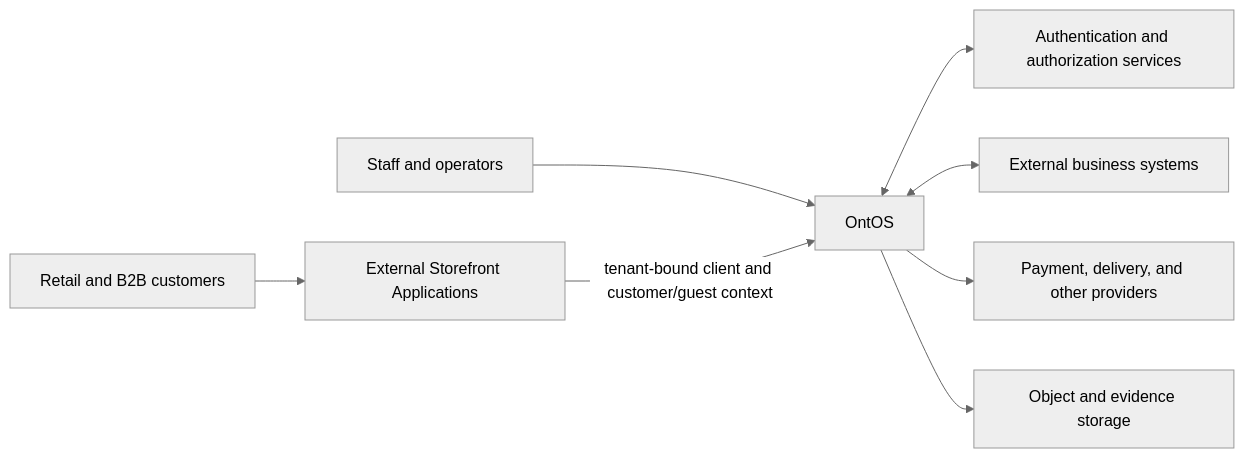
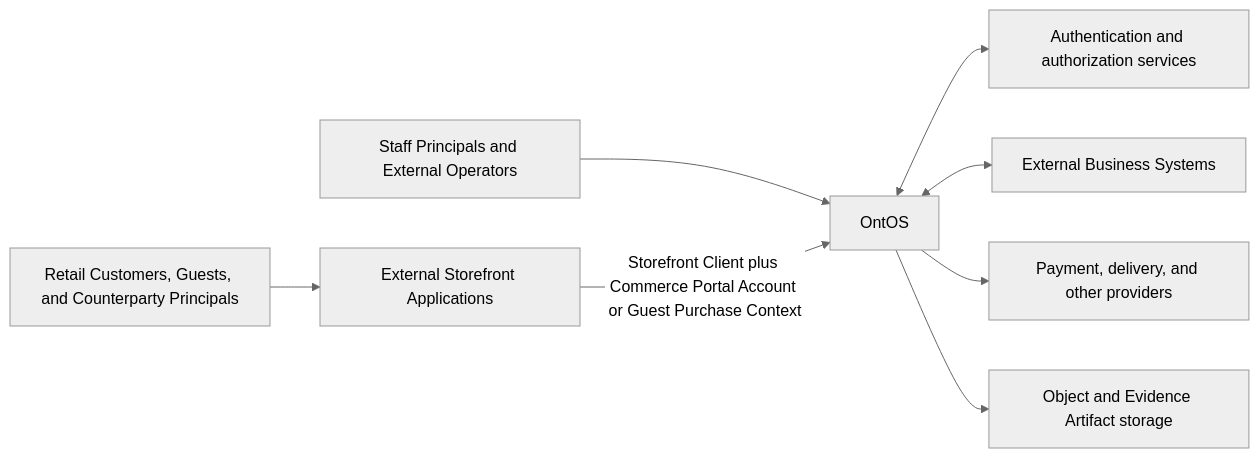
The diagram in docs/diagrams/c4-L1-context.md (TechsioCZ/ontos), drawn with Mermaid (neutral theme) before and after one commit.

Commit message:
docs(diagram): align commerce actors with canonical vocabulary

````diff
--- a/docs/diagrams/c4-L1-context.md
+++ b/docs/diagrams/c4-L1-context.md
@@ -3,19 +3,19 @@
 ```mermaid
 flowchart LR
-  staff[Staff and operators]
-  customers[Retail and B2B customers]
+  staff[Staff Principals and External Operators]
+  commerceActors[Retail Customers, Guests, and Counterparty Principals]
   ontos[OntOS]
   storefronts[External Storefront Applications]
   auth[Authentication and authorization services]
-  business[External business systems]
+  business[External Business Systems]
   providers[Payment, delivery, and other providers]
-  storage[Object and evidence storage]
+  storage[Object and Evidence Artifact storage]
 
   staff --> ontos
-  customers --> storefronts
-  storefronts -->|tenant-bound client and customer/guest context| ontos
+  commerceActors --> storefronts
+  storefronts -->|Storefront Client plus Commerce Portal Account or Guest Purchase Context| ontos
   ontos <--> auth
   ontos <--> business
   ontos --> providers
   ontos --> storage
 ```
````
